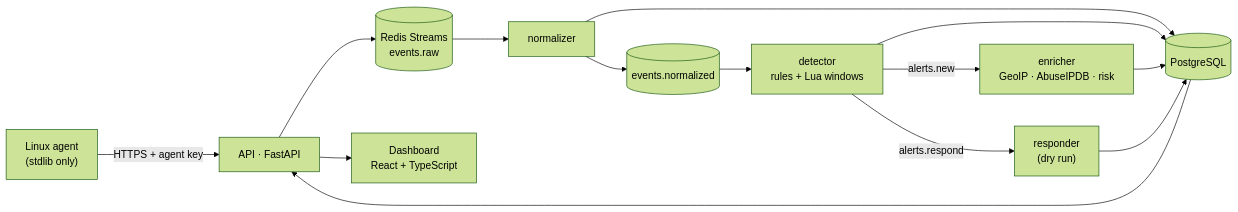
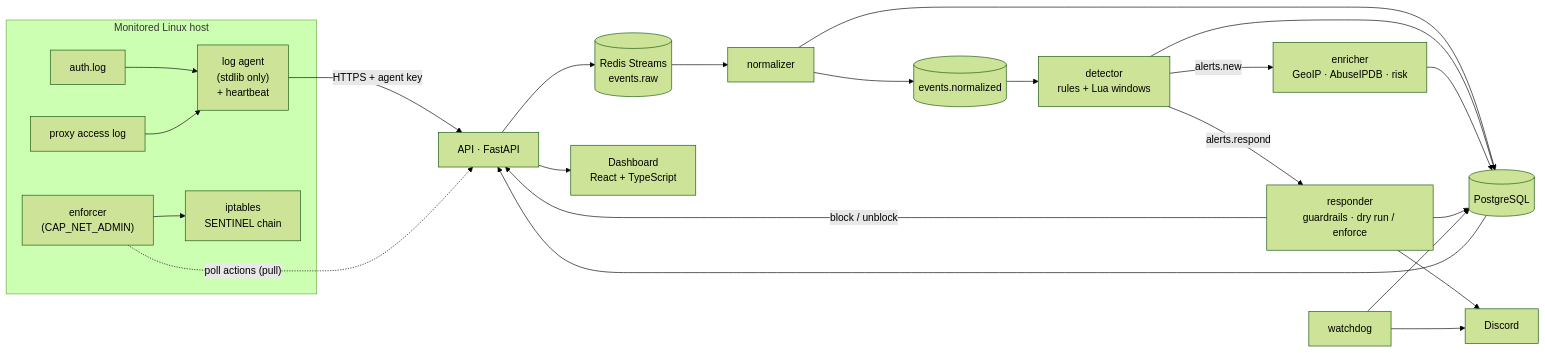
The diagram in README.md (yassineeljal/SentinelLite), drawn with Mermaid (forest theme) before and after one commit. The commit also changed other lines of this file and 8 other files, not shown here.

````diff
--- a/README.md
+++ b/README.md
@@ -28,16 +31,27 @@
 ```mermaid
 flowchart LR
-    A["Linux agent<br/>(stdlib only)"] -- "HTTPS + agent key" --> API[API · FastAPI]
+    subgraph Host["Monitored Linux host"]
+        L1["auth.log"] --> A
+        L2["proxy access log"] --> A
+        A["log agent<br/>(stdlib only)<br/>+ heartbeat"]
+        EN["enforcer<br/>(CAP_NET_ADMIN)"] --> FW["iptables<br/>SENTINEL chain"]
+    end
+    A -- "HTTPS + agent key" --> API[API · FastAPI]
+    EN -. "poll actions (pull)" .-> API
     API --> R1[(Redis Streams<br/>events.raw)]
     R1 --> N[normalizer]
     N --> PG[(PostgreSQL)]
     N --> R2[(events.normalized)]
     R2 --> D["detector<br/>rules + Lua windows"]
     D --> PG
     D -- alerts.new --> E["enricher<br/>GeoIP · AbuseIPDB · risk"]
     E --> PG
-    D -- alerts.respond --> S["responder<br/>(dry run)"]
+    D -- alerts.respond --> S["responder<br/>guardrails · dry run / enforce"]
     S --> PG
+    S -- "block / unblock" --> API
+    S --> DC["Discord"]
+    W["watchdog"] --> PG
+    W --> DC
     PG --> API
     API --> UI["Dashboard<br/>React + TypeScript"]
 ```
````
